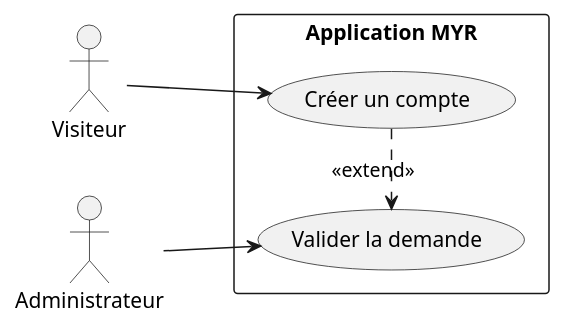
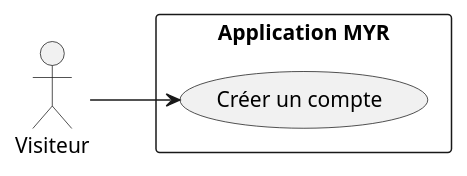
Before and after one commit to olivaux/myr: the first of 2 diagrams in specs/1-Expression/UCA-Compte_et_Acces/UCA01.md, drawn with PlantUML. The commit also changed other lines of this file and 7 other files, not shown here.

````diff
--- a/specs/1-Expression/UCA-Compte_et_Acces/UCA01.md
+++ b/specs/1-Expression/UCA-Compte_et_Acces/UCA01.md
@@ -14,18 +14,14 @@
 ```plantuml
 @startuml
 left to right direction
 
 actor "Visiteur" as V
-actor "Administrateur" as ADM
 
 rectangle "Application MYR" {
     usecase "Créer un compte" as UC1
-    usecase "Valider la demande" as UC2
 }
 
 V --> UC1
-ADM --> UC2
-UC1 .> UC2 : <<extend>>
 
 @enduml
 ```
````
